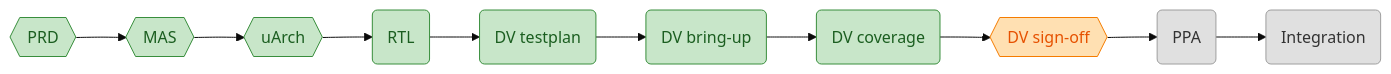
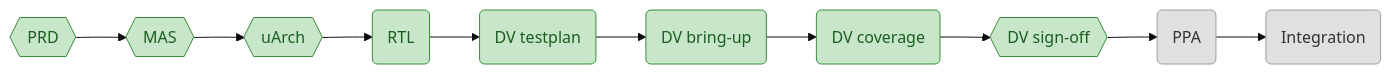
One commit to matanco64/HWSW_Project changed the first of 3 diagrams in hw/PROGRESS.md. Above: the diagram before and after it, drawn with Mermaid (base theme). The commit also changed other lines of this file and 4 other files, not shown here.

````diff
--- a/hw/PROGRESS.md
+++ b/hw/PROGRESS.md
@@ -10,22 +10,21 @@
 ```mermaid
 flowchart LR
     prd{{PRD}}
     mas{{MAS}}
     uarch{{uArch}}
     rtl(RTL)
     dv_testplan(DV testplan)
     dv_bringup(DV bring-up)
     dv_coverage(DV coverage)
     dv_signoff{{DV sign-off}}
     ppa(PPA)
     integration(Integration)
     prd --> mas --> uarch --> rtl --> dv_testplan --> dv_bringup --> dv_coverage --> dv_signoff --> ppa --> integration
     classDef todo fill:#e0e0e0,stroke:#9e9e9e,color:#333
     classDef in_progress fill:#bbdefb,stroke:#1976d2,color:#0d47a1
     classDef review fill:#ffe0b2,stroke:#f57c00,color:#e65100
     classDef done fill:#c8e6c9,stroke:#388e3c,color:#1b5e20
     classDef blocked fill:#ffcdd2,stroke:#d32f2f,color:#b71c1c
     class ppa,integration todo
-    class dv_signoff review
-    class prd,mas,uarch,rtl,dv_testplan,dv_bringup,dv_coverage done
+    class prd,mas,uarch,rtl,dv_testplan,dv_bringup,dv_coverage,dv_signoff done
 ```
````
